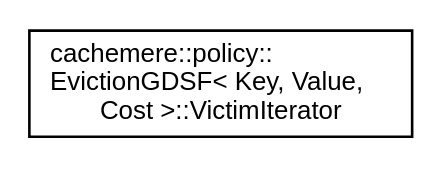
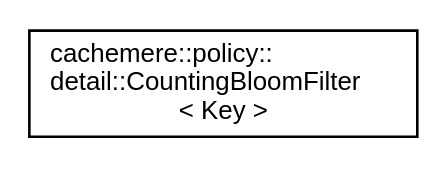
Before and after one commit to coveooss/cachemere: the diagram in docs/inherit_graph_13.dot, drawn with Graphviz. The commit also changed 122 other files, not shown here.

```diff
--- a/docs/inherit_graph_13.dot
+++ b/docs/inherit_graph_13.dot
@@ -1,8 +1,8 @@
 digraph "Graphical Class Hierarchy"
 {
  // LATEX_PDF_SIZE
   edge [fontname="Helvetica",fontsize="10",labelfontname="Helvetica",labelfontsize="10"];
   node [fontname="Helvetica",fontsize="10",shape=record];
   rankdir="LR";
-  Node0 [label="cachemere::policy::\lEvictionGDSF\< Key, Value,\l Cost \>::VictimIterator",height=0.2,width=0.4,color="black", fillcolor="white", style="filled",URL="$classcachemere_1_1policy_1_1EvictionGDSF_1_1VictimIterator.html",tooltip="Iterator for iterating over cache items in the order they should be evicted."];
+  Node0 [label="cachemere::policy::\ldetail::CountingBloomFilter\l\< Key \>",height=0.2,width=0.4,color="black", fillcolor="white", style="filled",URL="$classcachemere_1_1policy_1_1detail_1_1CountingBloomFilter.html",tooltip=" "];
 }
```
